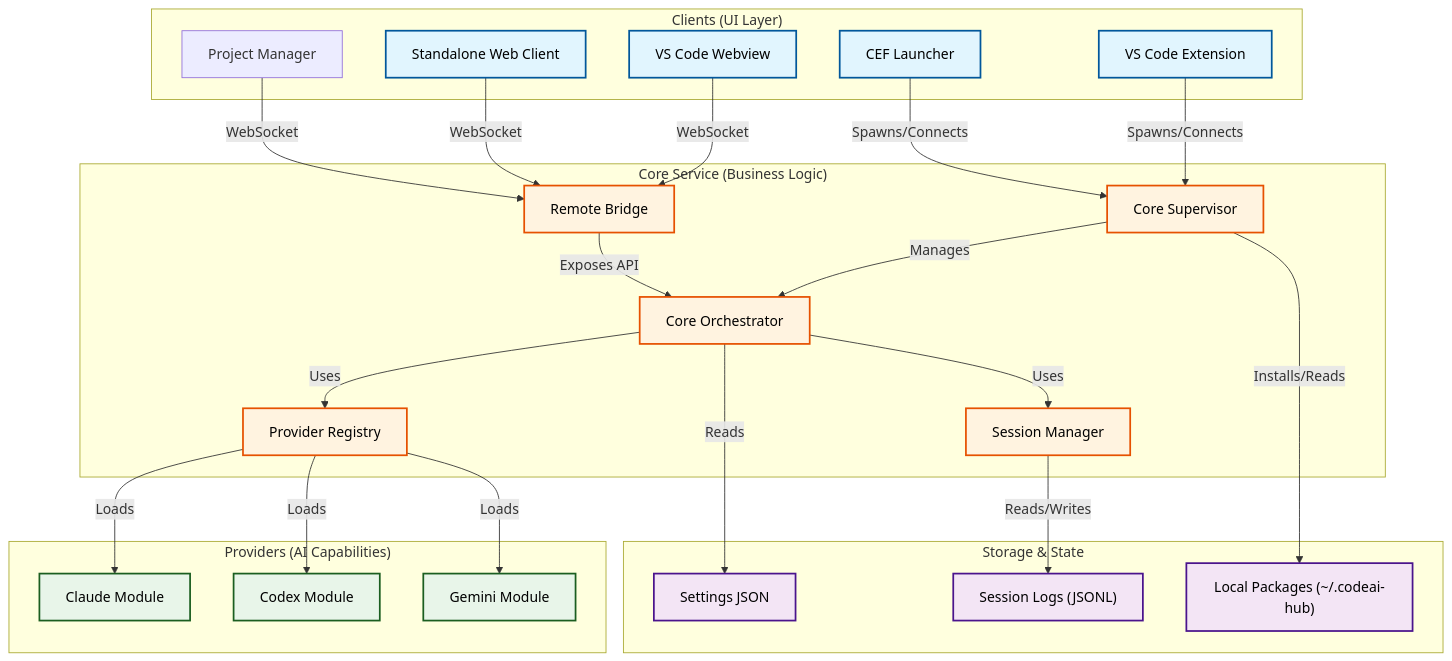
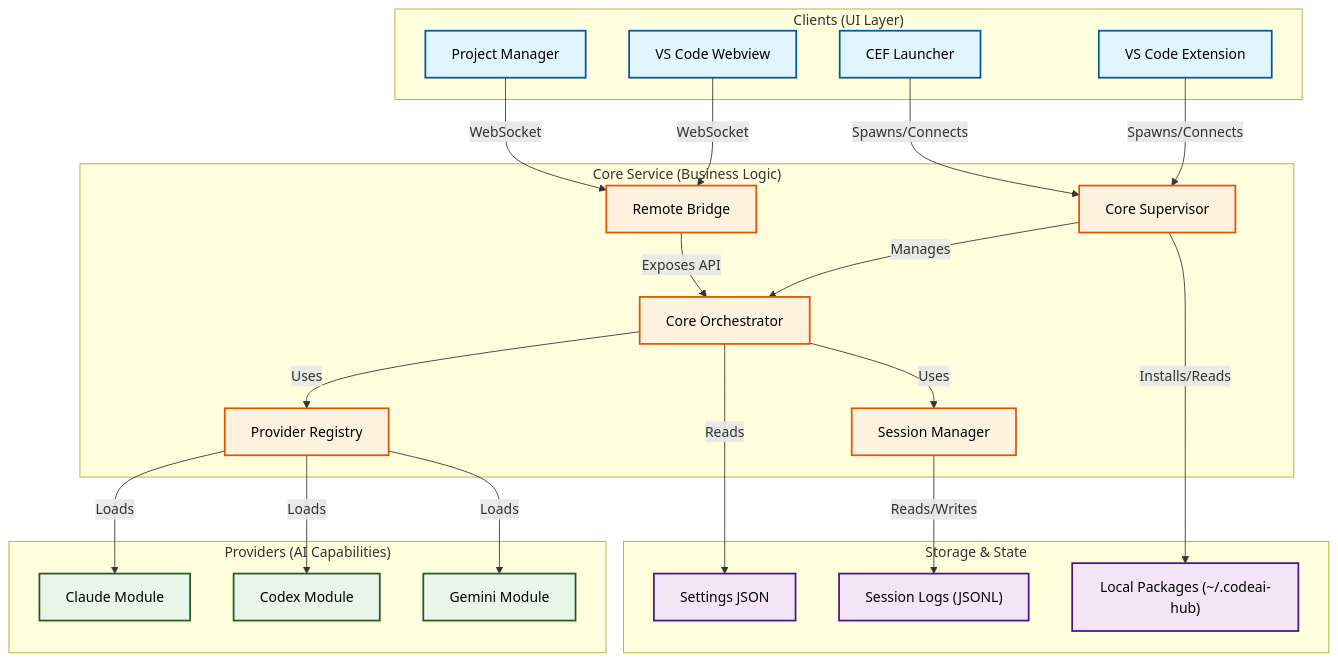
One commit to OleynikAleksandr/CodeAI-Hub changed the diagram in doc/Project_Docs/SystemArchitecture/ProjectStructureMap.md. Above: the diagram before and after it, drawn with Mermaid. The commit also changed other lines of this file and 1 other file, not shown here.

Commit message:
docs(arch): align docs with web-client deprecation

````diff
--- a/doc/Project_Docs/SystemArchitecture/ProjectStructureMap.md
+++ b/doc/Project_Docs/SystemArchitecture/ProjectStructureMap.md
@@ -7,64 +7,62 @@
 ```mermaid
 graph TD
     subgraph "Clients (UI Layer)"
         VSCode["VS Code Extension"]
         Launcher["CEF Launcher"]
         Webview["VS Code Webview"]
-        WebClient["Standalone Web Client"]
         ProjectManager["Project Manager"]
     end
 
     subgraph "Core Service (Business Logic)"
         Orchestrator["Core Orchestrator"]
         Supervisor["Core Supervisor"]
         Bridge["Remote Bridge"]
         SessionMgr["Session Manager"]
         Registry["Provider Registry"]
     end
 
     subgraph "Providers (AI Capabilities)"
         Claude["Claude Module"]
         Codex["Codex Module"]
         Gemini["Gemini Module"]
     end
 
     subgraph "Storage & State"
         Settings["Settings JSON"]
         Sessions["Session Logs (JSONL)"]
         Packages["Local Packages (~/.codeai-hub)"]
     end
 
     %% Client Connections
     VSCode -->|Spawns/Connects| Supervisor
     Launcher -->|Spawns/Connects| Supervisor
     Webview -->|WebSocket| Bridge
-    WebClient -->|WebSocket| Bridge
     ProjectManager -->|WebSocket| Bridge
 
     %% Core Internal Flow
     Supervisor -->|Manages| Orchestrator
     Orchestrator -->|Uses| SessionMgr
     Orchestrator -->|Uses| Registry
     Bridge -->|Exposes API| Orchestrator
 
     %% Provider Connections
     Registry -->|Loads| Claude
     Registry -->|Loads| Codex
     Registry -->|Loads| Gemini
 
     %% Data Flow
     SessionMgr -->|Reads/Writes| Sessions
     Orchestrator -->|Reads| Settings
     Supervisor -->|Installs/Reads| Packages
     
     %% Styling
     classDef client fill:#e1f5fe,stroke:#01579b,stroke-width:2px,color:#000;
     classDef core fill:#fff3e0,stroke:#e65100,stroke-width:2px,color:#000;
     classDef provider fill:#e8f5e9,stroke:#1b5e20,stroke-width:2px,color:#000;
     classDef storage fill:#f3e5f5,stroke:#4a148c,stroke-width:2px,color:#000;
 
-    class VSCode,Launcher,Webview,WebClient client;
+    class VSCode,Launcher,Webview,ProjectManager client;
     class Orchestrator,Supervisor,Bridge,SessionMgr,Registry core;
     class Claude,Codex,Gemini provider;
     class Settings,Sessions,Packages storage;
 ```
````
